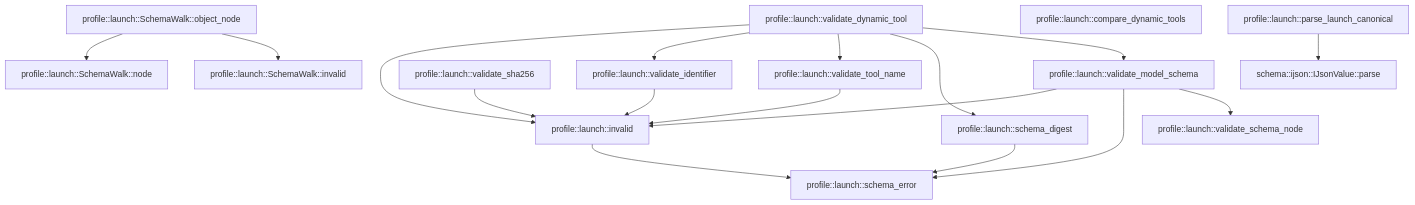
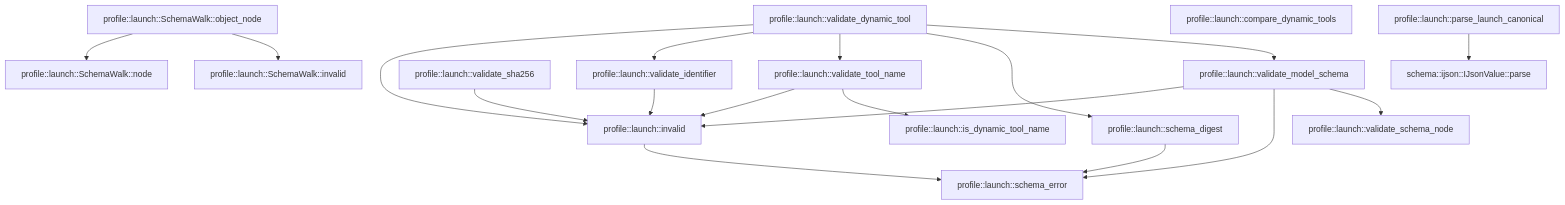
The second of 2 diagrams in crates/profile/docs/generated/src--launch.md (TekesApps/TekesKernel), drawn with Mermaid before and after one commit. The commit also changed other lines of this file and 37 other files, not shown here.

````diff
--- a/crates/profile/docs/generated/src--launch.md
+++ b/crates/profile/docs/generated/src--launch.md
@@ -162,34 +163,36 @@
 ```mermaid
 flowchart TD
   n0["profile::launch::SchemaWalk::invalid"]
   n1["profile::launch::validate_schema_node"]
   n2["profile::launch::SchemaWalk::node"]
   n3["profile::launch::SchemaWalk::object_node"]
   n4["profile::launch::validate_dynamic_tool"]
   n5["profile::launch::validate_model_schema"]
   n6["profile::launch::compare_dynamic_tools"]
   n7["profile::launch::schema_digest"]
   n8["profile::launch::validate_sha256"]
-  n9["profile::launch::validate_tool_name"]
-  n10["profile::launch::validate_identifier"]
-  n11["profile::launch::schema_error"]
-  n12["profile::launch::invalid"]
-  n13["profile::launch::parse_launch_canonical"]
-  n14["schema::ijson::IJsonValue::parse"]
+  n9["profile::launch::is_dynamic_tool_name"]
+  n10["profile::launch::validate_tool_name"]
+  n11["profile::launch::validate_identifier"]
+  n12["profile::launch::schema_error"]
+  n13["profile::launch::invalid"]
+  n14["profile::launch::parse_launch_canonical"]
+  n15["schema::ijson::IJsonValue::parse"]
   n3 --> n0
   n3 --> n2
   n4 --> n5
   n4 --> n7
-  n4 --> n9
   n4 --> n10
-  n4 --> n12
+  n4 --> n11
+  n4 --> n13
   n5 --> n1
-  n5 --> n11
   n5 --> n12
-  n7 --> n11
-  n8 --> n12
-  n9 --> n12
-  n10 --> n12
-  n12 --> n11
-  n13 --> n14
+  n5 --> n13
+  n7 --> n12
+  n8 --> n13
+  n10 --> n9
+  n10 --> n13
+  n11 --> n13
+  n13 --> n12
+  n14 --> n15
 ```
````
